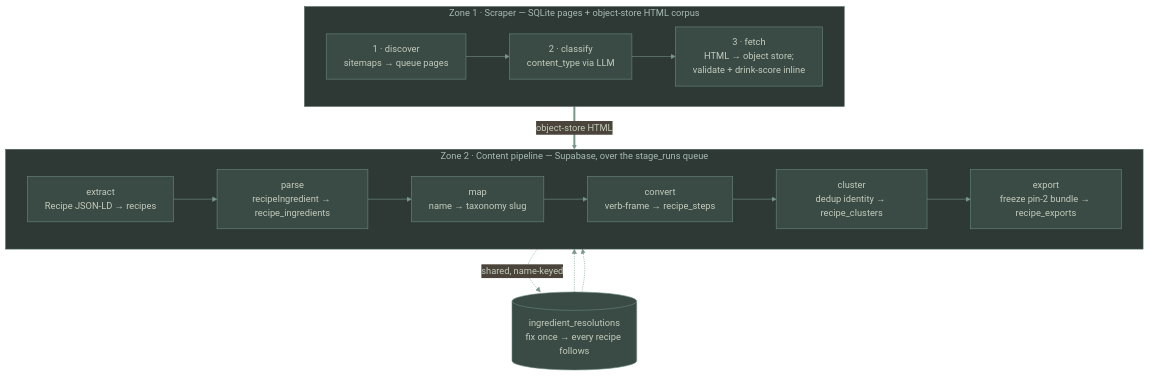
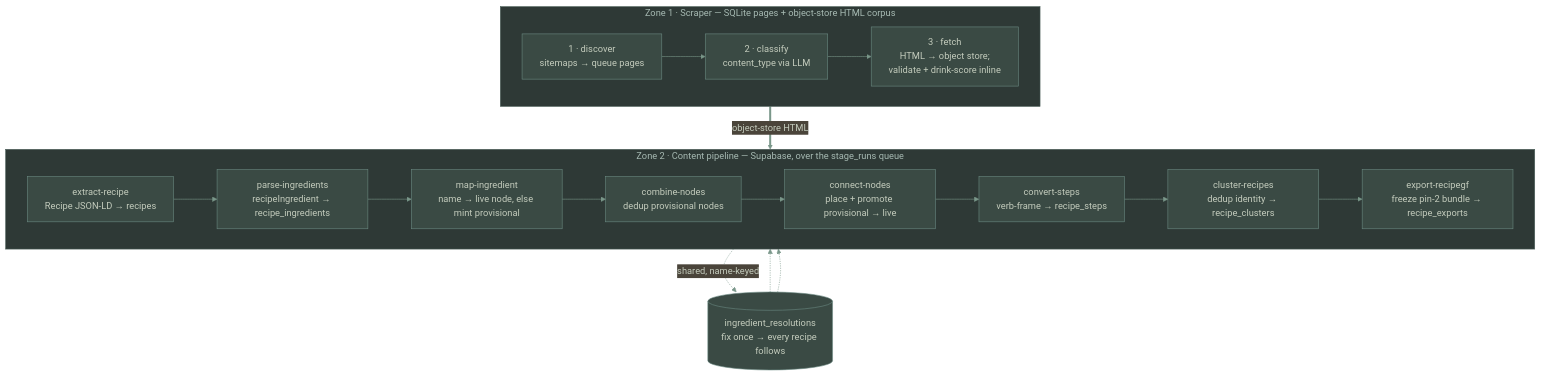
Before and after one commit to mrjogo/spiritolo: the diagram in docs/pipeline.md, drawn with Mermaid. The commit also changed other lines of this file and 80 other files, not shown here.

````diff
--- a/docs/pipeline.md
+++ b/docs/pipeline.md
@@ -17,36 +17,38 @@
 ```mermaid
 %%{init: {'theme':'base', 'themeVariables': {
   'background': '#2a3531',
   'primaryColor': '#3a4a44',
   'primaryTextColor': '#c4ccbd',
   'primaryBorderColor': '#6b8a82',
   'lineColor': '#7a978a',
   'clusterBkg': '#2e3936',
   'clusterBorder': '#4a5e58',
   'fontFamily': 'system-ui, -apple-system, sans-serif'
 }}}%%
 flowchart TD
     subgraph Z1 ["Zone 1 · Scraper — SQLite pages + object-store HTML corpus"]
         direction LR
         D["1 · discover<br/>sitemaps → queue pages"]
         C["2 · classify<br/>content_type via LLM"]
         F["3 · fetch<br/>HTML → object store;<br/>validate + drink-score inline"]
         D --> C --> F
     end
 
     subgraph Z2 ["Zone 2 · Content pipeline — Supabase, over the stage_runs queue"]
         direction LR
-        X["extract<br/>Recipe JSON-LD → recipes"]
-        P["parse<br/>recipeIngredient → recipe_ingredients"]
-        M["map<br/>name → taxonomy slug"]
-        CV["convert<br/>verb-frame → recipe_steps"]
-        CL["cluster<br/>dedup identity → recipe_clusters"]
-        EX["export<br/>freeze pin-2 bundle → recipe_exports"]
-        X --> P --> M --> CV --> CL --> EX
+        X["extract-recipe<br/>Recipe JSON-LD → recipes"]
+        P["parse-ingredients<br/>recipeIngredient → recipe_ingredients"]
+        M["map-ingredient<br/>name → live node, else mint provisional"]
+        CB["combine-nodes<br/>dedup provisional nodes"]
+        CN["connect-nodes<br/>place + promote provisional → live"]
+        CV["convert-steps<br/>verb-frame → recipe_steps"]
+        CL["cluster-recipes<br/>dedup identity → recipe_clusters"]
+        EX["export-recipegf<br/>freeze pin-2 bundle → recipe_exports"]
+        X --> P --> M --> CB --> CN --> CV --> CL --> EX
     end
 
     F ==>|object-store HTML| X
     M -.->|shared, name-keyed| IR[("ingredient_resolutions<br/>fix once → every recipe follows")]
     IR -.-> CV
     IR -.-> EX
 ```
````
